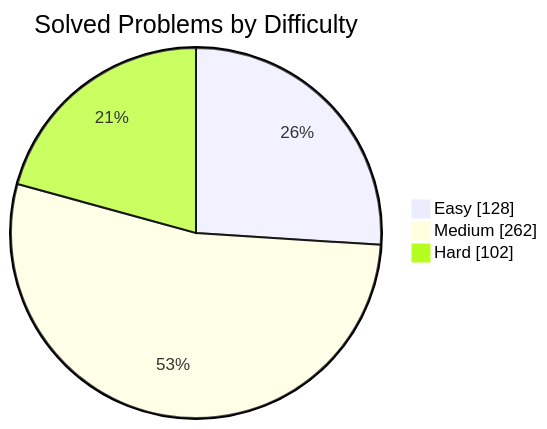
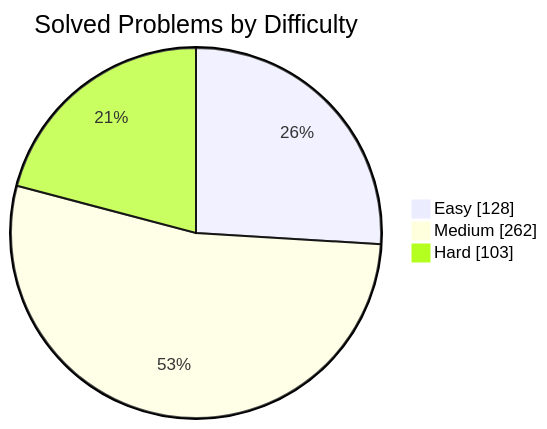
Before and after one commit to manikantbindass/DSA-Preparation-FAANG: the first of 2 diagrams in README.md, drawn with Mermaid. The commit also changed other lines of this file and 1 other file, not shown here.

````diff
--- a/README.md
+++ b/README.md
@@ -77,7 +77,7 @@
 ```mermaid
 pie showData
     title Solved Problems by Difficulty
     "Easy" : 128
     "Medium" : 262
-    "Hard" : 102
+    "Hard" : 103
 ```
````
